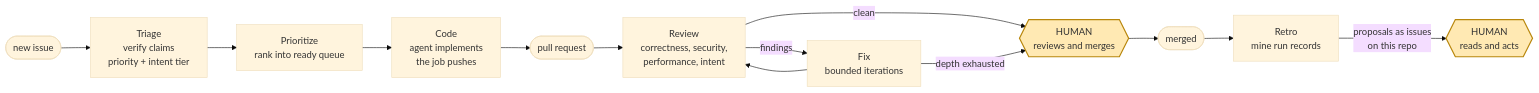
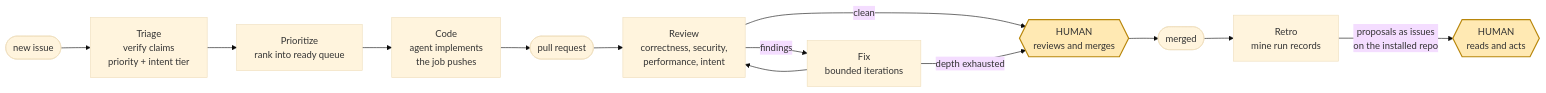
Before and after one commit to mesthiri/mesthiri: the third of 7 diagrams in docs/architecture.md, drawn with Mermaid (base theme). The commit also changed other lines of this file and 5 other files, not shown here.

````diff
--- a/docs/architecture.md
+++ b/docs/architecture.md
@@ -114,19 +114,19 @@
 ```mermaid
 flowchart LR
   issue(["new issue"]) --> tri
   tri["Triage<br/>verify claims<br/>priority + intent tier"] --> pri
   pri["Prioritize<br/>rank into ready queue"] --> code
   code["Code<br/>agent implements<br/>the job pushes"] --> pr(["pull request"])
   pr --> rev
   rev["Review<br/>correctness, security,<br/>performance, intent"]
   rev -->|"findings"| fix["Fix<br/>bounded iterations"]
   fix --> rev
   rev -->|"clean"| gate{{"HUMAN<br/>reviews and merges"}}
   fix -->|"depth exhausted"| gate
   gate --> merged(["merged"])
   merged --> retro["Retro<br/>mine run records"]
-  retro -->|"proposals as issues<br/>on this repo"| human2{{"HUMAN<br/>reads and acts"}}
+  retro -->|"proposals as issues<br/>on the installed repo"| human2{{"HUMAN<br/>reads and acts"}}
 
   style gate fill:#ffe9b3,stroke:#b8860b,stroke-width:2px
   style human2 fill:#ffe9b3,stroke:#b8860b,stroke-width:2px
 ```
````
